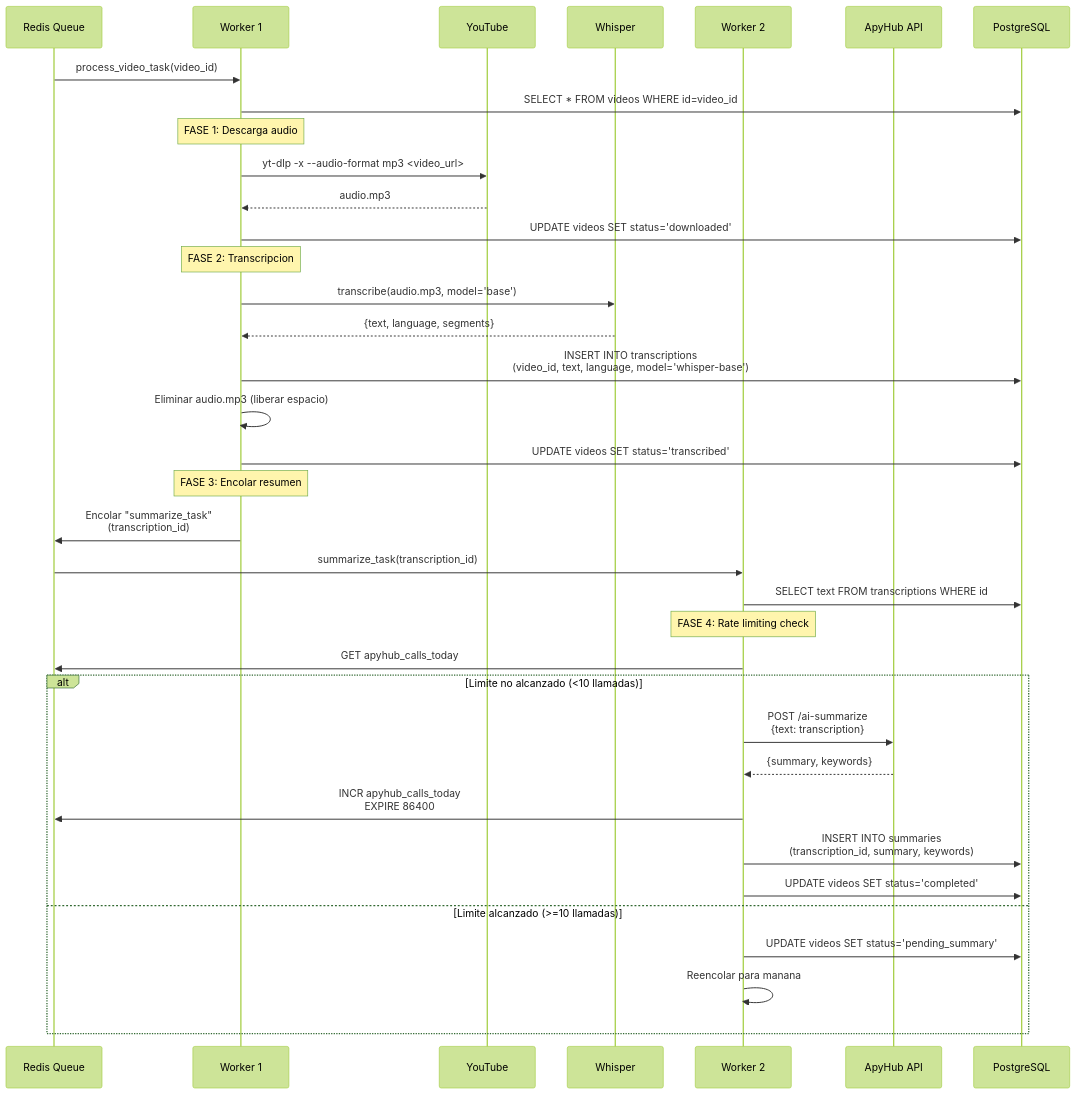
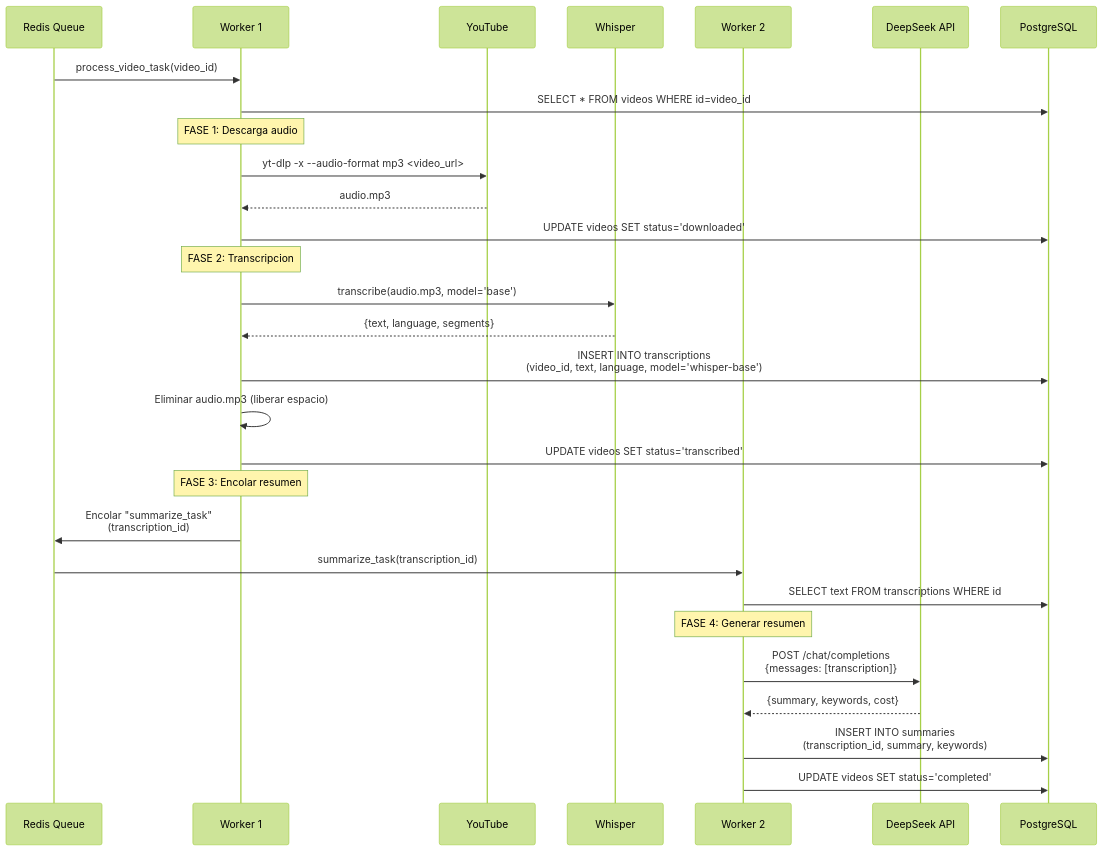
Before and after one commit to Prodelaya/youtube-AIsummary: the fourth of 6 diagrams in docs/architecture.md, drawn with Mermaid (forest theme). The commit also changed other lines of this file and 1 other file, not shown here.

First line of the commit message:
docs: update architecture and roadmap for DeepSeek migration and multi-user bot

````diff
--- a/docs/architecture.md
+++ b/docs/architecture.md
@@ -324,45 +341,37 @@
 ```mermaid
 sequenceDiagram
     participant REDIS as Redis Queue
     participant W1 as Worker 1
     participant YT as YouTube
     participant WHISPER as Whisper
     participant W2 as Worker 2
-    participant APYHUB as ApyHub API
+    participant DEEPSEEK as DeepSeek API
     participant DB as PostgreSQL
 
     REDIS->>W1: process_video_task(video_id)
     W1->>DB: SELECT * FROM videos WHERE id=video_id
 
     Note over W1: FASE 1: Descarga audio
     W1->>YT: yt-dlp -x --audio-format mp3 <video_url>
     YT-->>W1: audio.mp3
     W1->>DB: UPDATE videos SET status='downloaded'
 
     Note over W1: FASE 2: Transcripcion
     W1->>WHISPER: transcribe(audio.mp3, model='base')
     WHISPER-->>W1: {text, language, segments}
     W1->>DB: INSERT INTO transcriptions<br/>(video_id, text, language, model='whisper-base')
     W1->>W1: Eliminar audio.mp3 (liberar espacio)
     W1->>DB: UPDATE videos SET status='transcribed'
 
     Note over W1: FASE 3: Encolar resumen
     W1->>REDIS: Encolar "summarize_task"<br/>(transcription_id)
 
     REDIS->>W2: summarize_task(transcription_id)
     W2->>DB: SELECT text FROM transcriptions WHERE id
 
-    Note over W2: FASE 4: Rate limiting check
-    W2->>REDIS: GET apyhub_calls_today
-
-    alt Limite no alcanzado (<10 llamadas)
-        W2->>APYHUB: POST /ai-summarize<br/>{text: transcription}
-        APYHUB-->>W2: {summary, keywords}
-        W2->>REDIS: INCR apyhub_calls_today<br/>EXPIRE 86400
-        W2->>DB: INSERT INTO summaries<br/>(transcription_id, summary, keywords)
-        W2->>DB: UPDATE videos SET status='completed'
-    else Limite alcanzado (>=10 llamadas)
-        W2->>DB: UPDATE videos SET status='pending_summary'
-        W2->>W2: Reencolar para manana
-    end
+    Note over W2: FASE 4: Generar resumen
+    W2->>DEEPSEEK: POST /chat/completions<br/>{messages: [transcription]}
+    DEEPSEEK-->>W2: {summary, keywords, cost}
+    W2->>DB: INSERT INTO summaries<br/>(transcription_id, summary, keywords)
+    W2->>DB: UPDATE videos SET status='completed'
 ```
````
